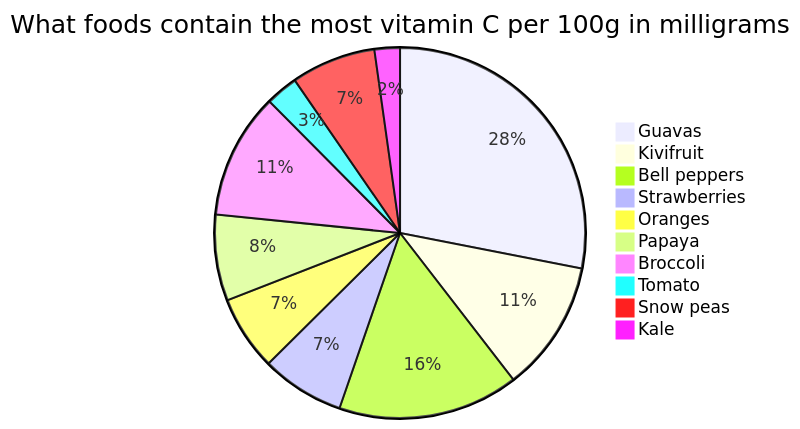
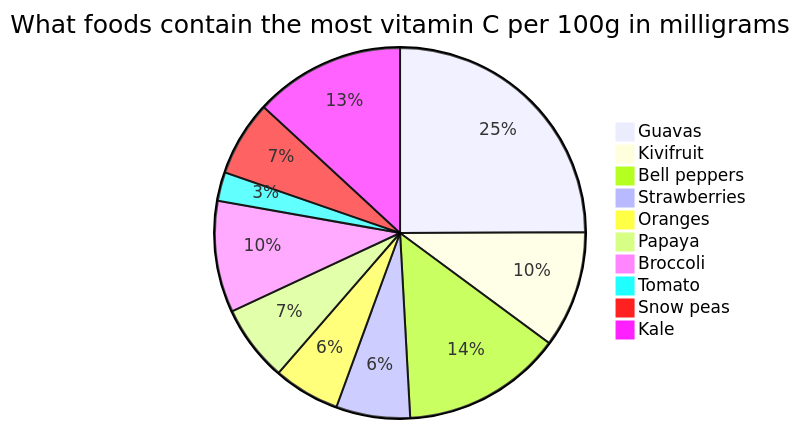
Before and after one commit to WildCodeSchool/2023-01-EN-Berlin-Remote2-Markdown: the diagram in yevhenii-airapetian.md, drawn with Mermaid.

Commit message:
Fixed the amount for kale

````diff
--- a/yevhenii-airapetian.md
+++ b/yevhenii-airapetian.md
@@ -25,14 +25,14 @@
 ```mermaid 
   pie
   title What foods contain the most vitamin C per 100g in milligrams
 "Guavas" : 228
 "Kivifruit" : 93
 "Bell peppers" : 128
 "Strawberries" : 59
 "Oranges" : 53
 "Papaya" : 61
 "Broccoli" : 89
 "Tomato" : 23
 "Snow peas" : 60
-"Kale" : 18
+"Kale" : 120
 ```
````
